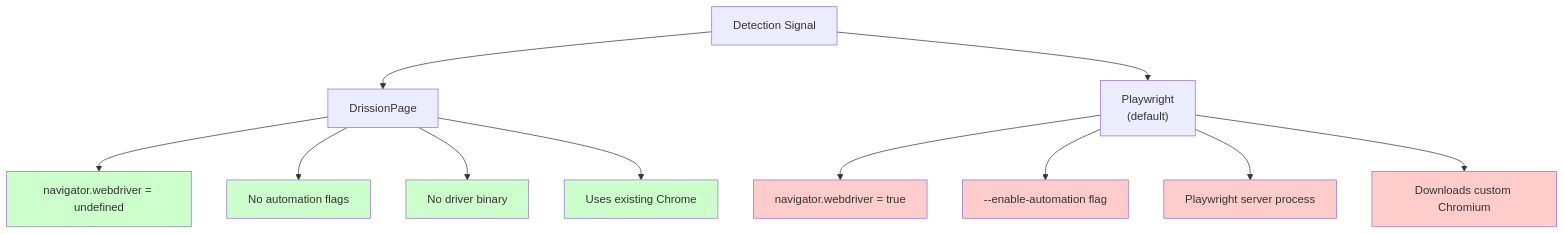
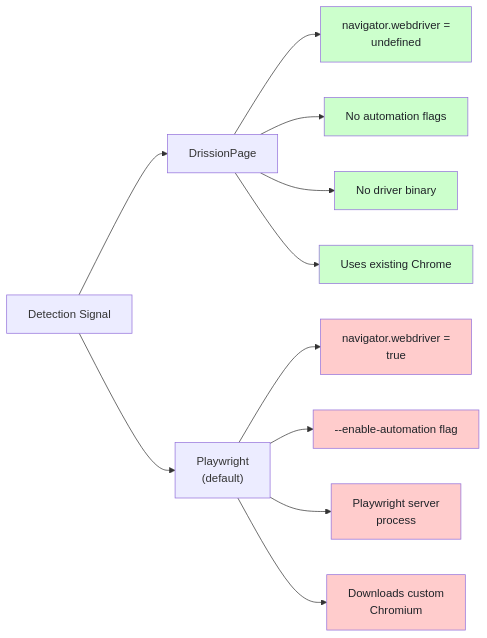
The second of 3 diagrams in _posts/2026-02-18-drissionpage-vs-playwright-new-challenger-browser-automation.md (bytetunnels/bytetunnels.github.com), drawn with Mermaid before and after one commit. The commit also changed other lines of this file and 118 other files, not shown here.

Commit message:
feat: improve diagram styling and compact wide flowcharts

````diff
--- a/_posts/2026-02-18-drissionpage-vs-playwright-new-challenger-browser-automation.md
+++ b/_posts/2026-02-18-drissionpage-vs-playwright-new-challenger-browser-automation.md
@@ -211,24 +211,24 @@
 ```mermaid
-graph TD
+graph LR
     A["Detection Signal"] --> B["DrissionPage"]
-    A --> C["Playwright<br>(default)"]
+    A --> C["Playwright<br/>(default)"]
 
-    B --> D["navigator.webdriver = undefined"]
+    B --> D["navigator.webdriver =<br/>undefined"]
     B --> E["No automation flags"]
     B --> F["No driver binary"]
     B --> G["Uses existing Chrome"]
 
-    C --> H["navigator.webdriver = true"]
+    C --> H["navigator.webdriver =<br/>true"]
     C --> I["--enable-automation flag"]
-    C --> J["Playwright server process"]
-    C --> K["Downloads custom Chromium"]
+    C --> J["Playwright server<br/>process"]
+    C --> K["Downloads custom<br/>Chromium"]
 
-    style D fill:#ccffcc
-    style E fill:#ccffcc
-    style F fill:#ccffcc
-    style G fill:#ccffcc
-    style H fill:#ffcccc
-    style I fill:#ffcccc
-    style J fill:#ffcccc
-    style K fill:#ffcccc
+    style D fill:#ccffcc,color:#1f2328
+    style E fill:#ccffcc,color:#1f2328
+    style F fill:#ccffcc,color:#1f2328
+    style G fill:#ccffcc,color:#1f2328
+    style H fill:#ffcccc,color:#1f2328
+    style I fill:#ffcccc,color:#1f2328
+    style J fill:#ffcccc,color:#1f2328
+    style K fill:#ffcccc,color:#1f2328
 ```
````
